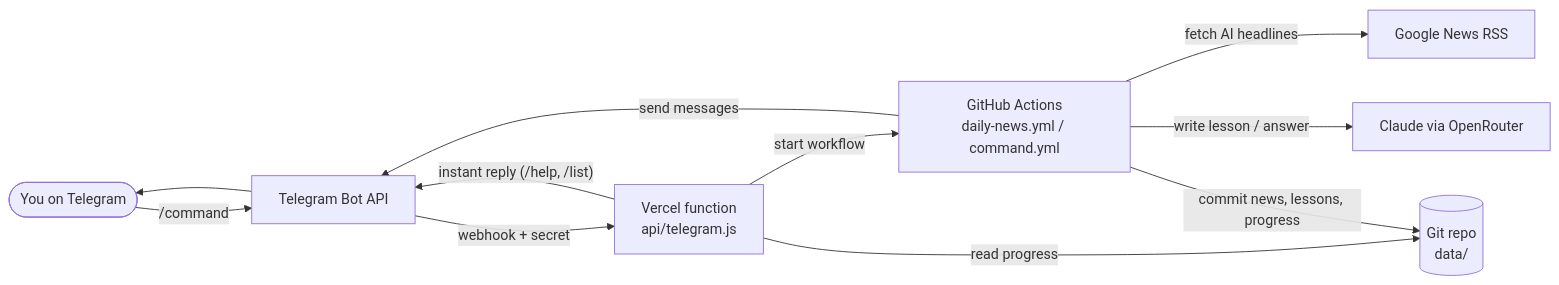
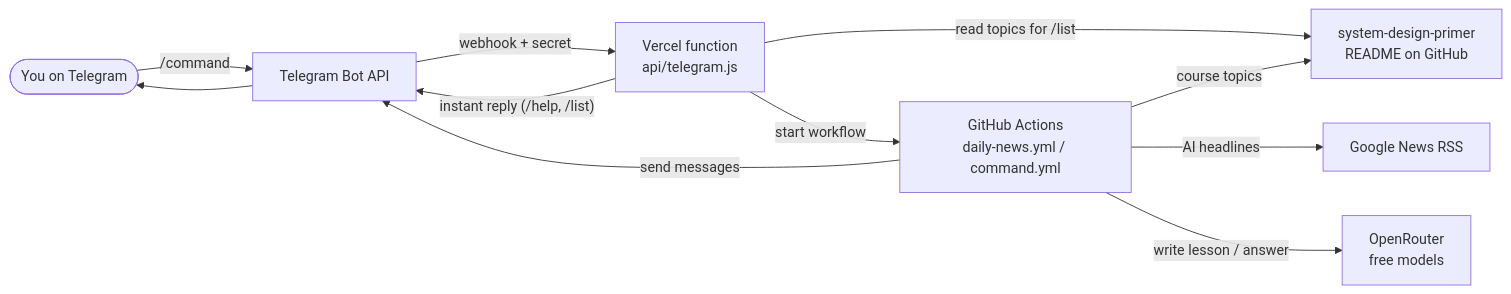
The first of 3 diagrams in docs/HLD.md (GOURAVSINGH19/Hermes-AI), drawn with Mermaid before and after one commit. The commit also changed other lines of this file and 24 other files, not shown here.

Commit message:
Free AI models, live topics from system-design-primer, no stored data

````diff
--- a/docs/HLD.md
+++ b/docs/HLD.md
@@ -24,21 +29,21 @@
 ```mermaid
 flowchart LR
     U([You on Telegram])
     TG[Telegram Bot API]
     V[Vercel function<br/>api/telegram.js]
     GA[GitHub Actions<br/>daily-news.yml / command.yml]
-    REPO[(Git repo<br/>data/)]
     GN[Google News RSS]
-    C[Claude via OpenRouter]
+    P[system-design-primer<br/>README on GitHub]
+    AI[OpenRouter<br/>free models]
 
     U -- "/command" --> TG
     TG -- "webhook + secret" --> V
     V -- "instant reply (/help, /list)" --> TG
+    V -- "read topics for /list" --> P
     V -- "start workflow" --> GA
-    V -- "read progress" --> REPO
-    GA -- "fetch AI headlines" --> GN
-    GA -- "write lesson / answer" --> C
+    GA -- "AI headlines" --> GN
+    GA -- "course topics" --> P
+    GA -- "write lesson / answer" --> AI
     GA -- "send messages" --> TG
-    GA -- "commit news, lessons, progress" --> REPO
     TG --> U
 ```
````
